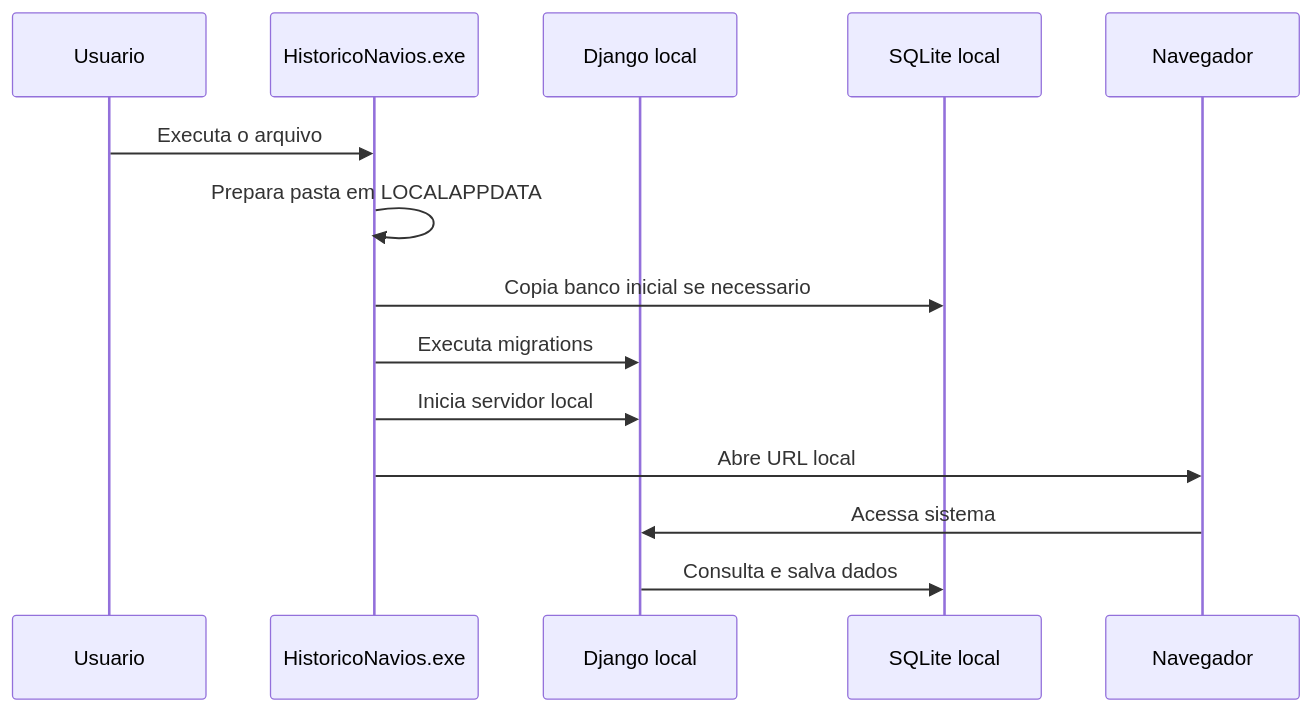
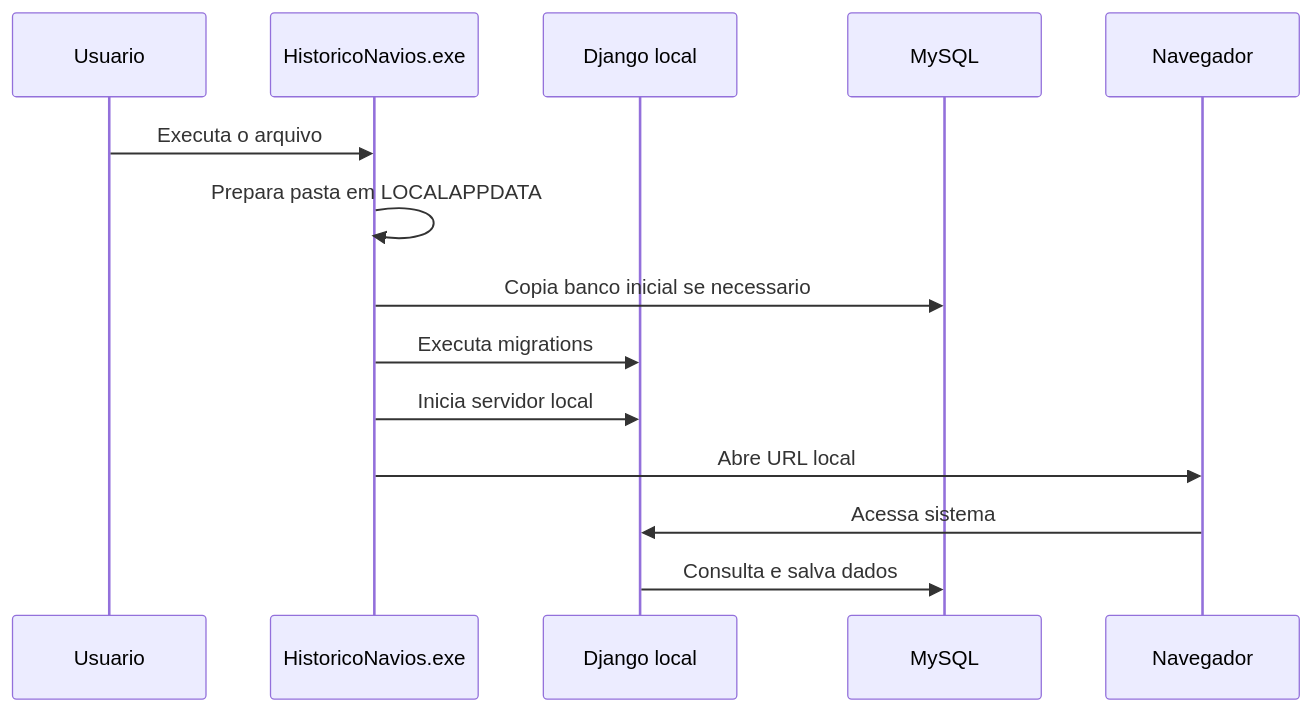
The second of 2 diagrams in docs/arquitetura.md (Ieoa/carga-geral), drawn with Mermaid before and after one commit. The commit also changed other lines of this file and 15 other files, not shown here.

````diff
--- a/docs/arquitetura.md
+++ b/docs/arquitetura.md
@@ -56,17 +56,17 @@
 ```mermaid
 sequenceDiagram
     participant U as Usuario
     participant EXE as HistoricoNavios.exe
     participant DJ as Django local
-    participant DB as SQLite local
+    participant DB as MySQL
     participant NAV as Navegador
 
     U->>EXE: Executa o arquivo
     EXE->>EXE: Prepara pasta em LOCALAPPDATA
     EXE->>DB: Copia banco inicial se necessario
     EXE->>DJ: Executa migrations
     EXE->>DJ: Inicia servidor local
     EXE->>NAV: Abre URL local
     NAV->>DJ: Acessa sistema
     DJ->>DB: Consulta e salva dados
 ```
````
